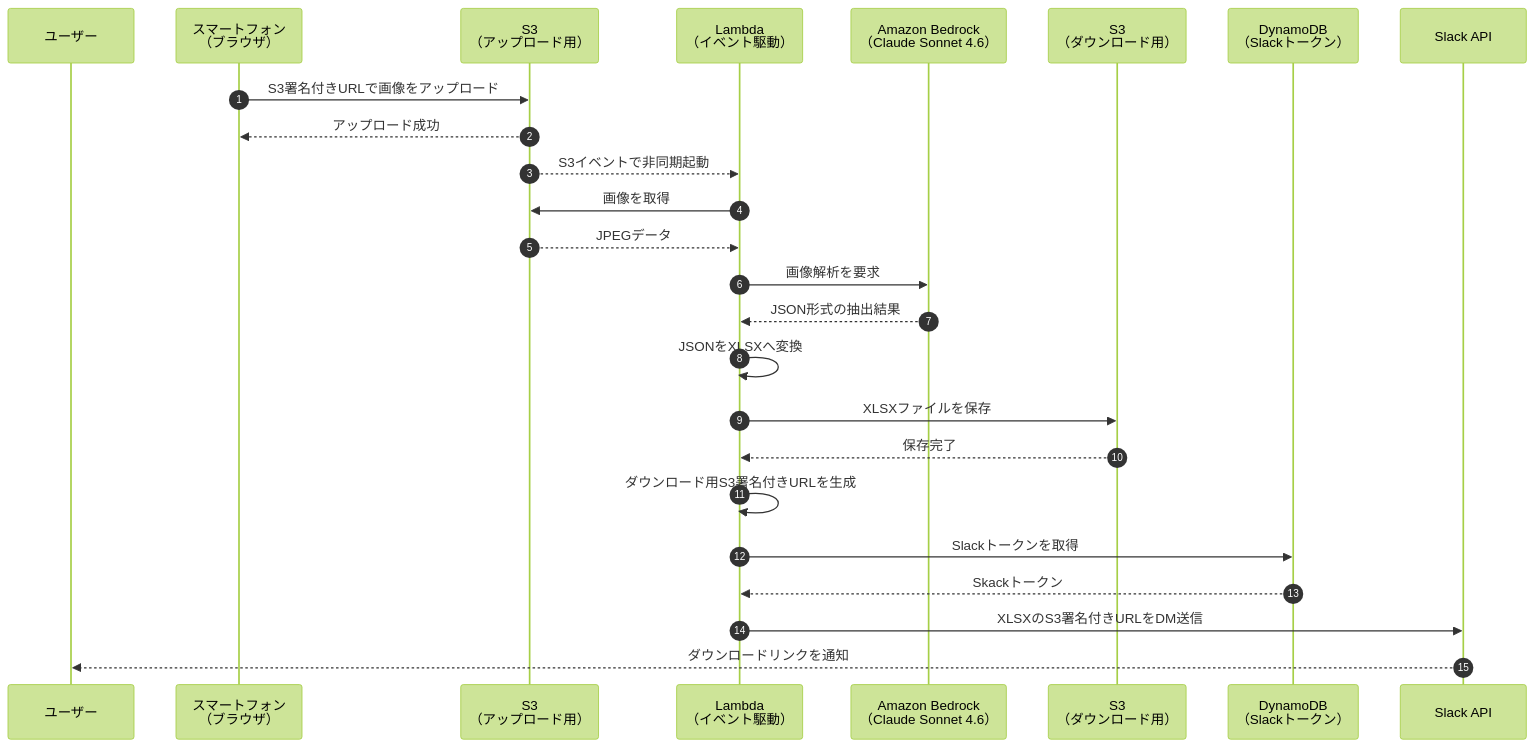
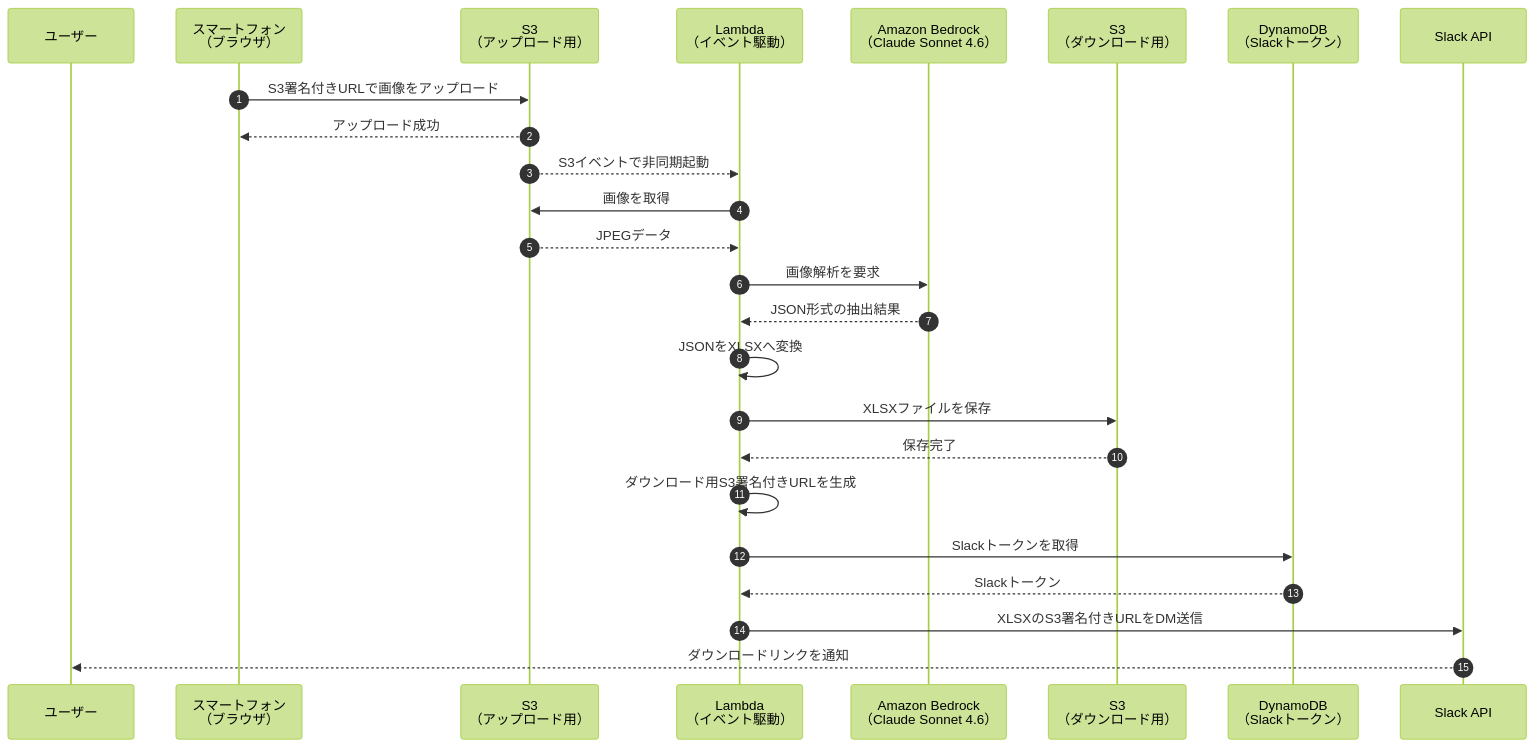
The third of 4 diagrams in README.md (vinylhousegarage/jpeg-to-xlsx), drawn with Mermaid (forest theme) before and after one commit. The commit also changed other lines of this file, not shown here.

Commit message:
docs(readme): fix Lambda and Slack typos

````diff
--- a/README.md
+++ b/README.md
@@ -94,32 +94,32 @@
 ```mermaid
 sequenceDiagram
   autonumber
   participant User as ユーザー
   participant Browser as スマートフォン<br/>（ブラウザ）
   participant S3Input as S3<br/>（アップロード用）
   participant Processor as Lambda<br/>（イベント駆動）
   participant Bedrock as Amazon Bedrock<br/>（Claude Sonnet 4.6）
   participant S3Output as S3<br/>（ダウンロード用）
   participant TokenDB as DynamoDB<br/>（Slackトークン）
   participant Slack as Slack API
 
   Browser->>S3Input: S3署名付きURLで画像をアップロード
   S3Input-->>Browser: アップロード成功
 
   S3Input-->>Processor: S3イベントで非同期起動
   Processor->>S3Input: 画像を取得
   S3Input-->>Processor: JPEGデータ
 
   Processor->>Bedrock: 画像解析を要求
   Bedrock-->>Processor: JSON形式の抽出結果
   Processor->>Processor: JSONをXLSXへ変換
 
   Processor->>S3Output: XLSXファイルを保存
   S3Output-->>Processor: 保存完了
   Processor->>Processor: ダウンロード用S3署名付きURLを生成
 
   Processor->>TokenDB: Slackトークンを取得
-  TokenDB-->>Processor: Skackトークン
+  TokenDB-->>Processor: Slackトークン
   Processor->>Slack: XLSXのS3署名付きURLをDM送信
   Slack-->>User: ダウンロードリンクを通知
 ```
````
